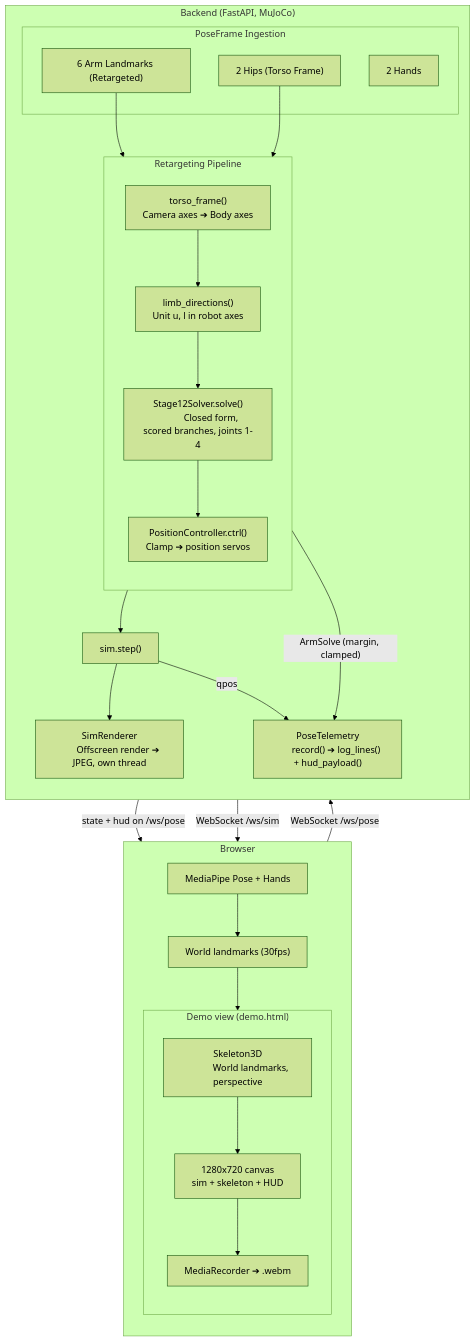
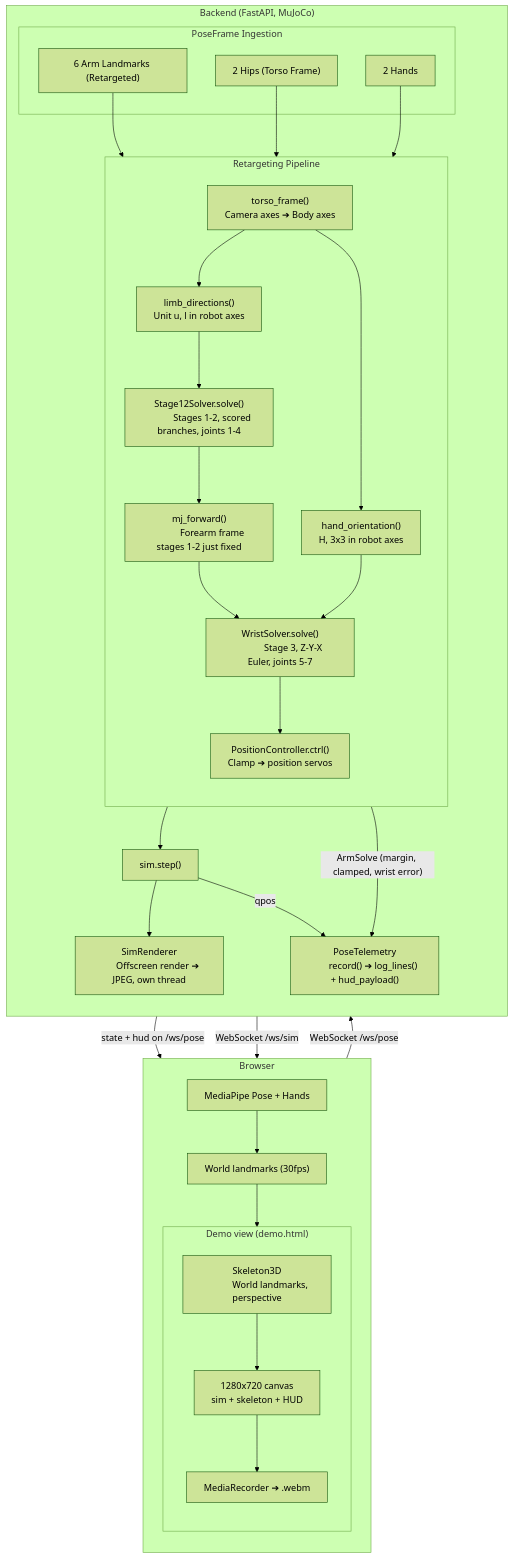
One commit to lonerapier/pose-retarget changed the diagram in README.md. Above: the diagram before and after it, drawn with Mermaid (forest theme). The commit also changed other lines of this file and 9 other files, not shown here.

First line of the commit message:
Stage 3: closed-form wrist retargeting from hand orientation (#5)

````diff
--- a/README.md
+++ b/README.md
@@ -30,60 +160,68 @@
 ```mermaid
 flowchart TD
     subgraph Browser ["Browser"]
         direction TB
         MP["MediaPipe Pose + Hands"]
         WL["World landmarks (30fps)"]
         MP --> WL
 
         subgraph View ["Demo view (demo.html)"]
             direction TB
             SK["Skeleton3D
             World landmarks, perspective"]
             CANVAS["1280x720 canvas
             sim + skeleton + HUD"]
             REC["MediaRecorder ➔ .webm"]
             SK --> CANVAS --> REC
         end
     end
 
     subgraph Backend ["Backend (FastAPI, MuJoCo)"]
         direction TB
 
         subgraph PF ["PoseFrame Ingestion"]
             ARM["6 Arm Landmarks (Retargeted)"]
             HIPS["2 Hips (Torso Frame)"]
             HANDS["2 Hands"]
         end
 
         subgraph Pipeline ["Retargeting Pipeline"]
             direction TB
             TF["torso_frame()
             Camera axes ➔ Body axes"]
             LD["limb_directions()
             Unit u, l in robot axes"]
+            HO["hand_orientation()
+            H, 3x3 in robot axes"]
             SOLVER["Stage12Solver.solve()
-            Closed form, scored branches, joints 1-4"]
+            Stages 1-2, scored branches, joints 1-4"]
+            FK["mj_forward()
+            Forearm frame stages 1-2 just fixed"]
+            WRIST["WristSolver.solve()
+            Stage 3, Z-Y-X Euler, joints 5-7"]
             CTRL["PositionController.ctrl()
             Clamp ➔ position servos"]
 
-            TF --> LD --> SOLVER --> CTRL
+            TF --> LD --> SOLVER --> FK --> WRIST --> CTRL
+            TF --> HO --> WRIST
         end
 
         SIM["sim.step()"]
         TEL["PoseTelemetry
         record() ➔ log_lines() + hud_payload()"]
         REN["SimRenderer
         Offscreen render ➔ JPEG, own thread"]
     end
 
     WL -- "WebSocket /ws/pose" --> PF
     WL --> SK
     ARM --> TF
     HIPS --> TF
+    HANDS --> HO
     CTRL --> SIM
-    SOLVER -- "ArmSolve (margin, clamped)" --> TEL
+    WRIST -- "ArmSolve (margin, clamped, wrist error)" --> TEL
     SIM --> REN
     SIM -- "qpos" --> TEL
     TEL -- "state + hud on /ws/pose" --> CANVAS
     REN -- "WebSocket /ws/sim" --> CANVAS
 ```
````
